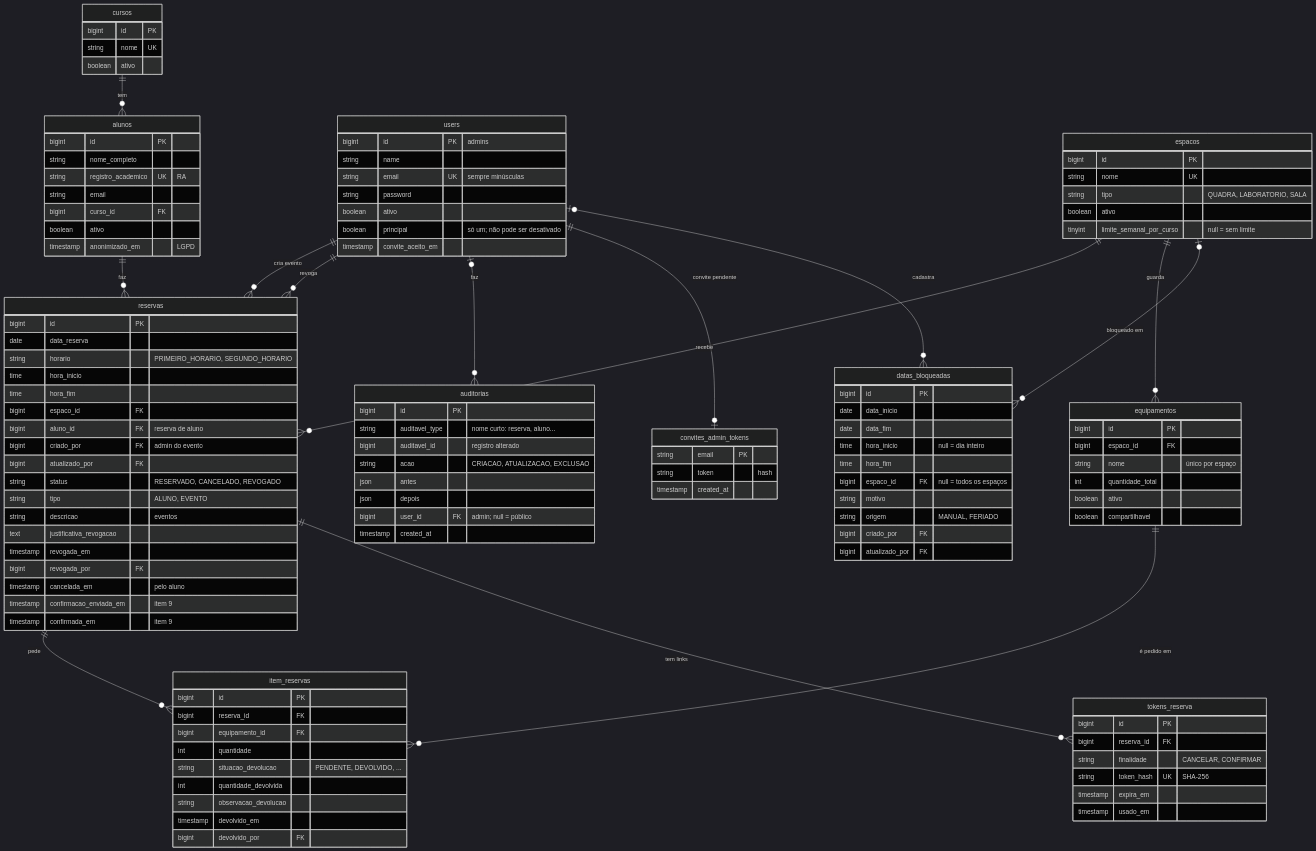
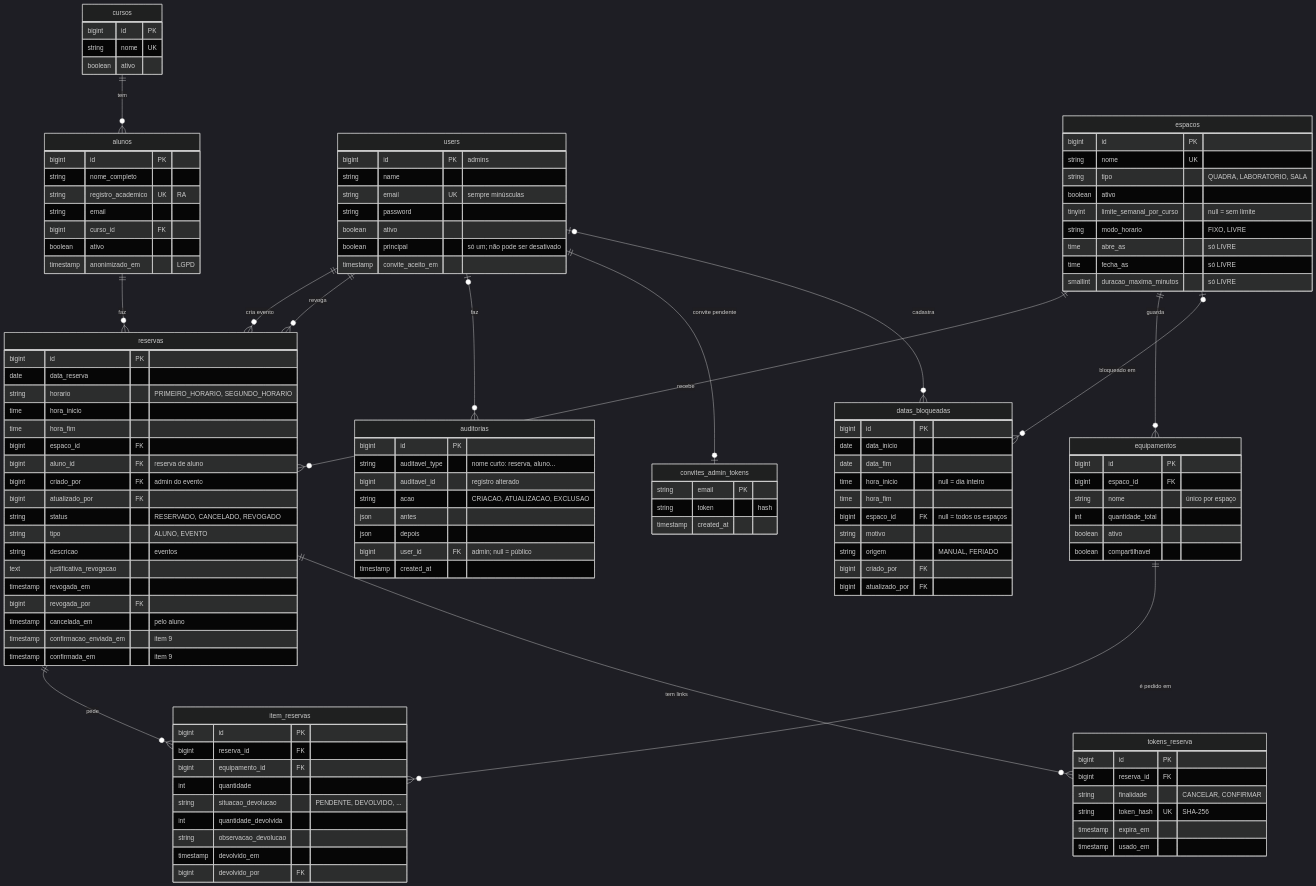
Before and after one commit to ericjunq/reserva-quadra: the diagram in DATABASE.md, drawn with Mermaid (dark theme). The commit also changed other lines of this file and 3 other files, not shown here.

```diff
--- a/DATABASE.md
+++ b/DATABASE.md
@@ -64,6 +64,10 @@
         string tipo "QUADRA, LABORATORIO, SALA"
         boolean ativo
         tinyint limite_semanal_por_curso "null = sem limite"
+        string modo_horario "FIXO, LIVRE"
+        time abre_as "só LIVRE"
+        time fecha_as "só LIVRE"
+        smallint duracao_maxima_minutos "só LIVRE"
     }
 
     equipamentos {
```
